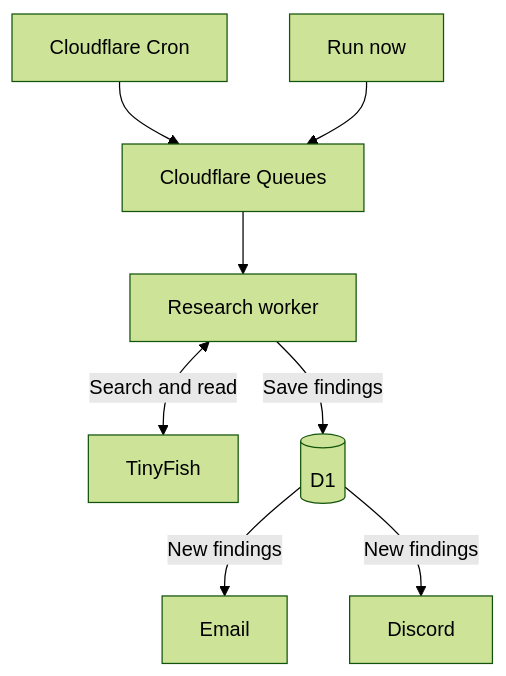
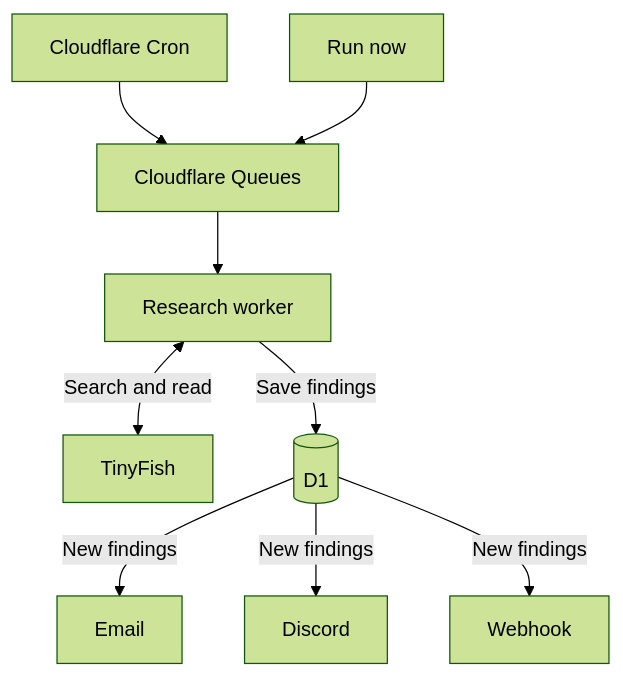
Before and after one commit to fdemir/radar: the diagram in README.md, drawn with Mermaid (forest theme). The commit also changed other lines of this file and 19 other files, not shown here.

````diff
--- a/README.md
+++ b/README.md
@@ -19,10 +21,11 @@
 ```mermaid
 flowchart TD
     Cron["Cloudflare Cron"] --> Queue["Cloudflare Queues"]
     Manual["Run now"] --> Queue
     Queue --> Worker["Research worker"]
     Worker <-->|Search and read| TinyFish["TinyFish"]
     Worker -->|Save findings| DB[("D1")]
     DB -->|New findings| Email["Email"]
     DB -->|New findings| Discord["Discord"]
+    DB -->|New findings| Webhook["Webhook"]
 ```
````
